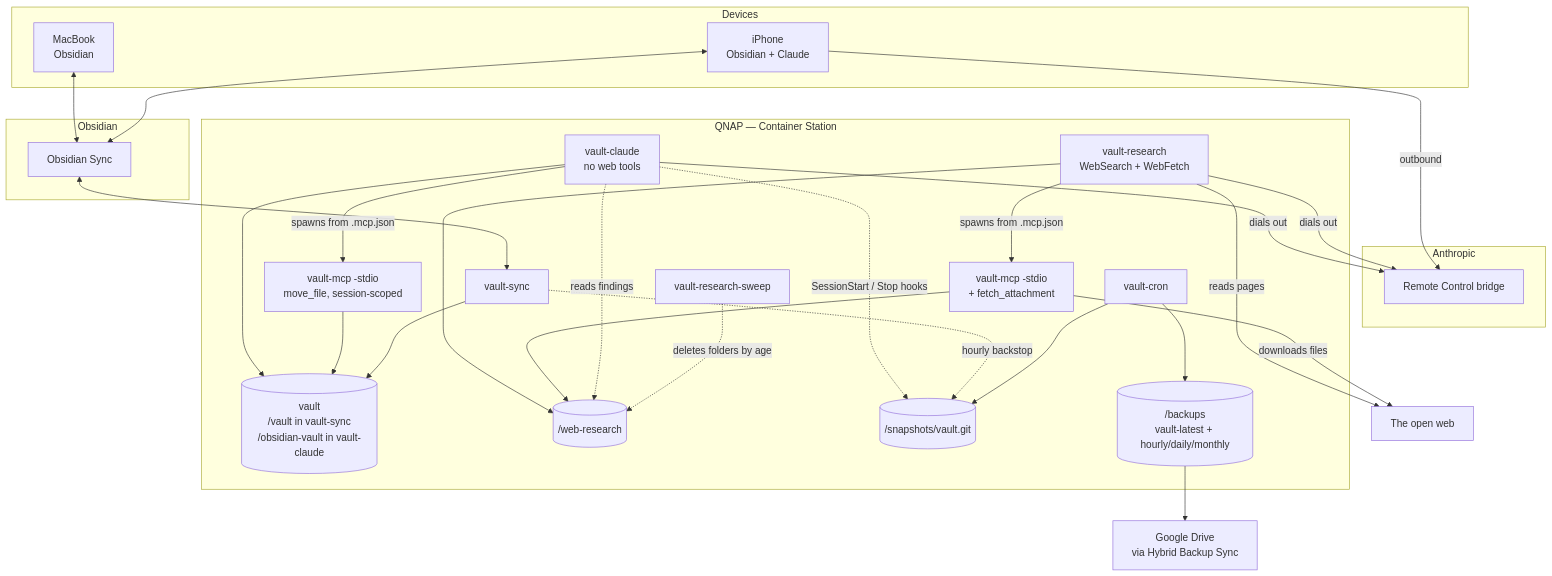
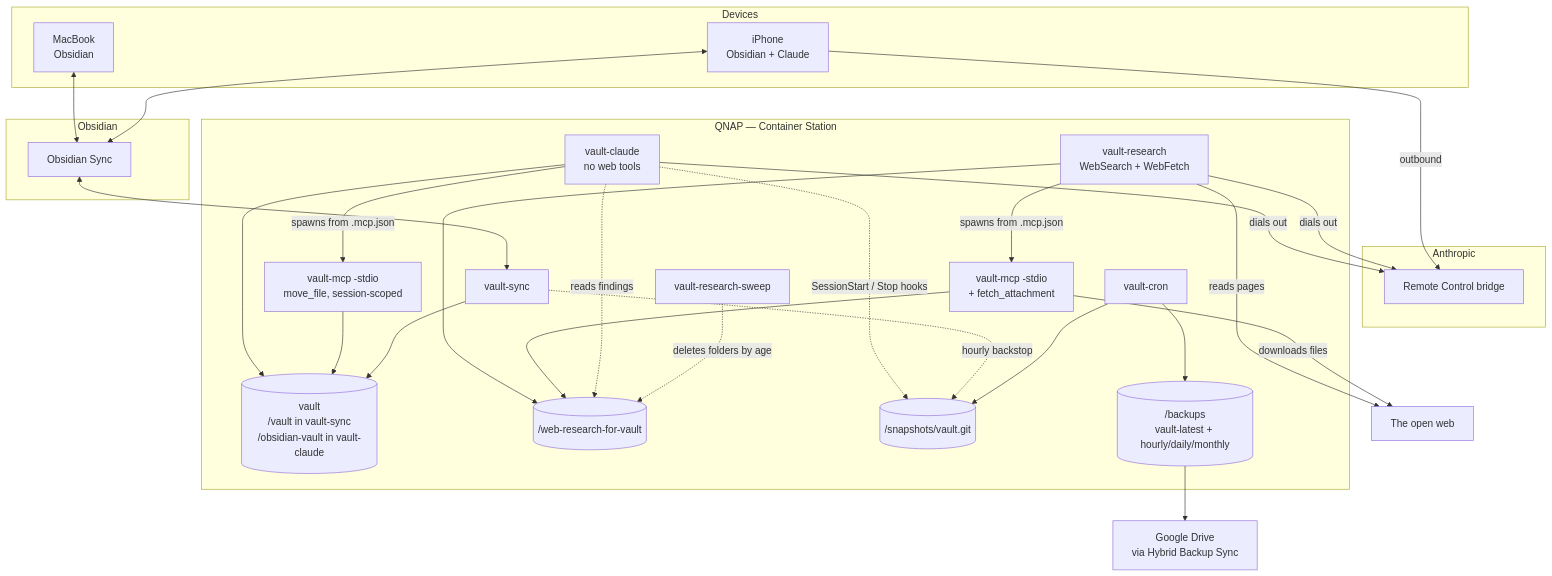
The first of 4 diagrams in obsidian-vault/ARCHITECTURE.md (ky1ejs/homelab), drawn with Mermaid before and after one commit. The commit also changed other lines of this file and 12 other files, not shown here.

First line of the commit message:
Name the research folder web-research-for-vault

````diff
--- a/obsidian-vault/ARCHITECTURE.md
+++ b/obsidian-vault/ARCHITECTURE.md
@@ -25,56 +25,56 @@
 ```mermaid
 flowchart TB
     subgraph clients["Devices"]
         mac["MacBook<br/>Obsidian"]
         iphone["iPhone<br/>Obsidian + Claude"]
     end
 
     subgraph anth["Anthropic"]
         bridge["Remote Control bridge"]
     end
 
     subgraph obsc["Obsidian"]
         syncsvc["Obsidian Sync"]
     end
 
     web["The open web"]
 
     subgraph nas["QNAP — Container Station"]
         agent["vault-claude<br/>no web tools"]
         move["vault-mcp -stdio<br/>move_file, session-scoped"]
         research["vault-research<br/>WebSearch + WebFetch"]
         fetch["vault-mcp -stdio<br/>+ fetch_attachment"]
         sweep["vault-research-sweep"]
         sync["vault-sync"]
         cron["vault-cron"]
         vault[("vault<br/>/vault in vault-sync<br/>/obsidian-vault in vault-claude")]
-        scratch[("/web-research")]
+        scratch[("/web-research-for-vault")]
         snap[("/snapshots/vault.git")]
         bundles[("/backups<br/>vault-latest + hourly/daily/monthly")]
     end
 
     gdrive["Google Drive<br/>via Hybrid Backup Sync"]
 
     iphone -->|outbound| bridge
     agent -->|dials out| bridge
     research -->|dials out| bridge
     mac <--> syncsvc
     iphone <--> syncsvc
     syncsvc <--> sync
     agent --> vault
     agent -->|spawns from .mcp.json| move
     move --> vault
     research --> scratch
     research -->|spawns from .mcp.json| fetch
     research -->|reads pages| web
     fetch -->|downloads files| web
     fetch --> scratch
     agent -.->|reads findings| scratch
     sweep -.->|deletes folders by age| scratch
     sync --> vault
     agent -.->|SessionStart / Stop hooks| snap
     sync -.->|hourly backstop| snap
     cron --> snap
     cron --> bundles
     bundles --> gdrive
 ```
````
